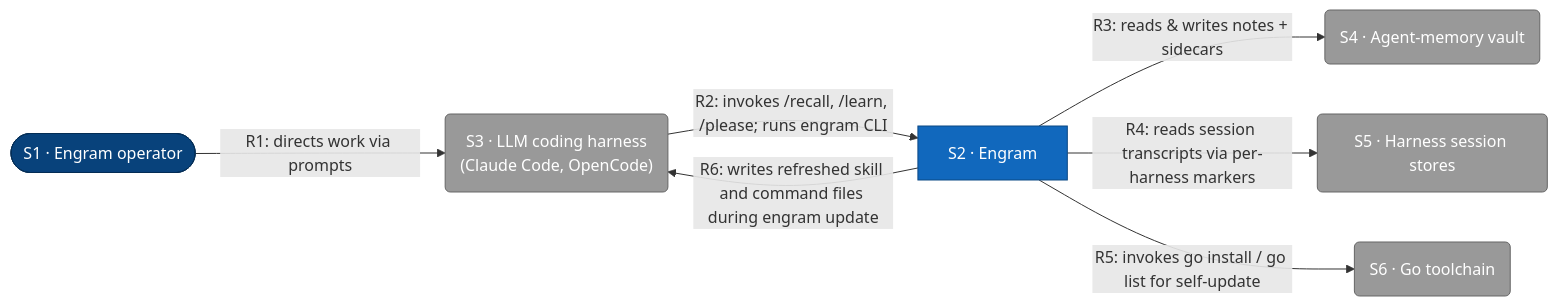
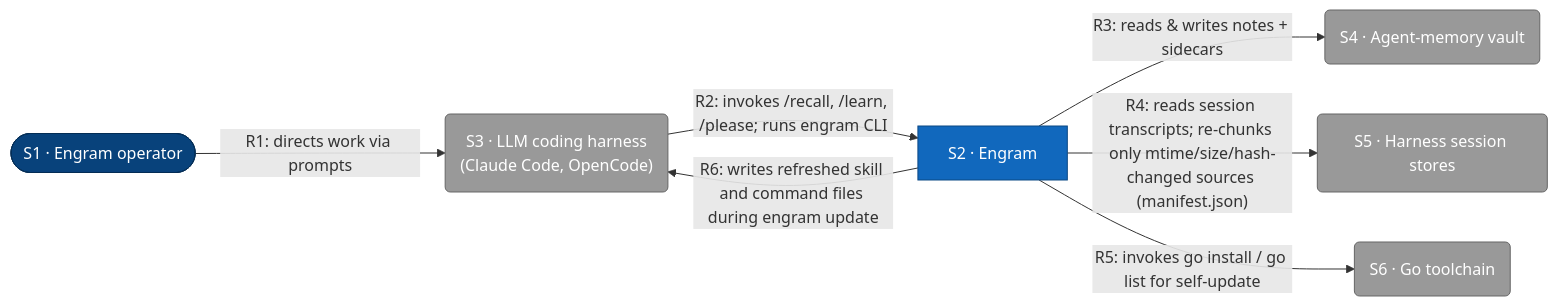
One commit to toejough/engram changed the first of 7 diagrams in docs/architecture/c1-system-context.md. Above: the diagram before and after it, drawn with Mermaid. The commit also changed other lines of this file and 8 other files, not shown here.

````diff
--- a/docs/architecture/c1-system-context.md
+++ b/docs/architecture/c1-system-context.md
@@ -9,31 +9,31 @@
 ```mermaid
 flowchart LR
     classDef person      fill:#08427b,stroke:#052e56,color:#fff
     classDef external    fill:#999,   stroke:#666,   color:#fff
     classDef container   fill:#1168bd,stroke:#0b4884,color:#fff
 
     user([S1 · Engram operator])
     engram[S2 · Engram]
     harness("S3 · LLM coding harness<br/>(Claude Code, OpenCode)")
     vault(S4 · Agent-memory vault)
     sessions(S5 · Harness session stores)
     gotool(S6 · Go toolchain)
 
     user -->|"R1: directs work via prompts"| harness
     harness -->|"R2: invokes /recall, /learn, /please; runs engram CLI"| engram
     engram -->|"R3: reads & writes notes + sidecars"| vault
-    engram -->|"R4: reads session transcripts via per-harness markers"| sessions
+    engram -->|"R4: reads session transcripts; re-chunks only mtime/size/hash-changed sources (manifest.json)"| sessions
     engram -->|"R5: invokes go install / go list for self-update"| gotool
     engram -->|"R6: writes refreshed skill and command files during engram update"| harness
 
     class user person
     class harness,vault,sessions,gotool external
     class engram container
 
     click user href "#s1-engram-operator"
     click engram href "#s2-engram"
     click harness href "#s3-llm-coding-harness"
     click vault href "#s4-agent-memory-vault"
     click sessions href "#s5-harness-session-stores"
     click gotool href "#s6-go-toolchain"
 ```
````
